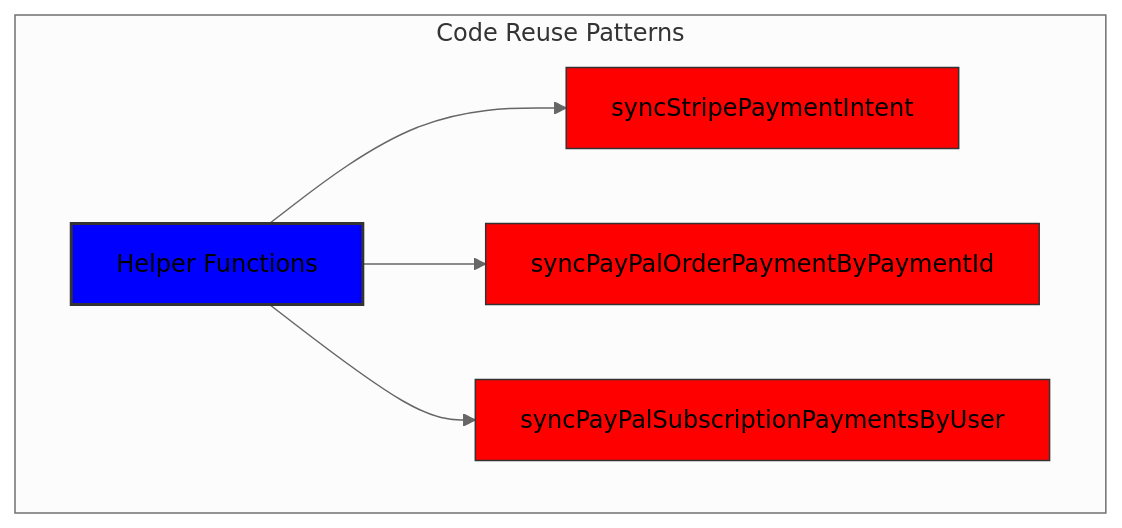
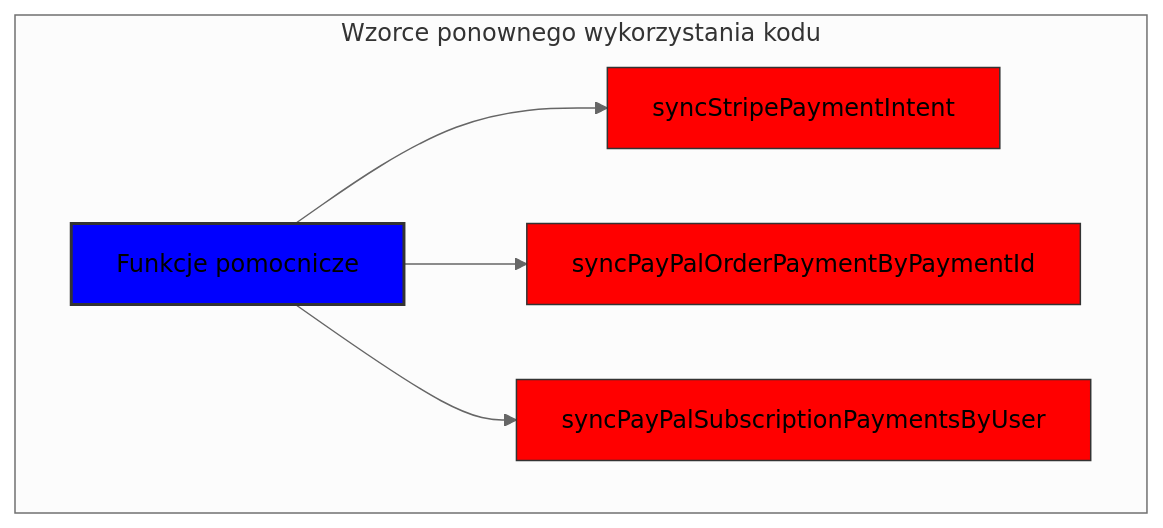
The third of 7 diagrams in app/views/docs/building-reliable-payment-system-stripe-paypal/index-pl.md (forwardemail/forwardemail.net), drawn with Mermaid (neutral theme) before and after one commit. The commit also changed other lines of this file and 1055 other files, not shown here.

````diff
--- a/app/views/docs/building-reliable-payment-system-stripe-paypal/index-pl.md
+++ b/app/views/docs/building-reliable-payment-system-stripe-paypal/index-pl.md
@@ -596,14 +600,14 @@
 ```mermaid
 graph TD
-    subgraph "Code Reuse Patterns"
-        A[Helper Functions] --> B[syncStripePaymentIntent]
+    subgraph "Wzorce ponownego wykorzystania kodu"
+        A[Funkcje pomocnicze] --> B[syncStripePaymentIntent]
         A --> C[syncPayPalOrderPaymentByPaymentId]
         A --> D[syncPayPalSubscriptionPaymentsByUser]
     end
 
     classDef primary fill:blue,stroke:#333,stroke-width:2px;
     classDef secondary fill:red,stroke:#333,stroke-width:1px;
 
     class A,P,V primary;
     class B,C,D,E,I,L,Q,R,S,W,X,Y,Z secondary;
 ```
````
